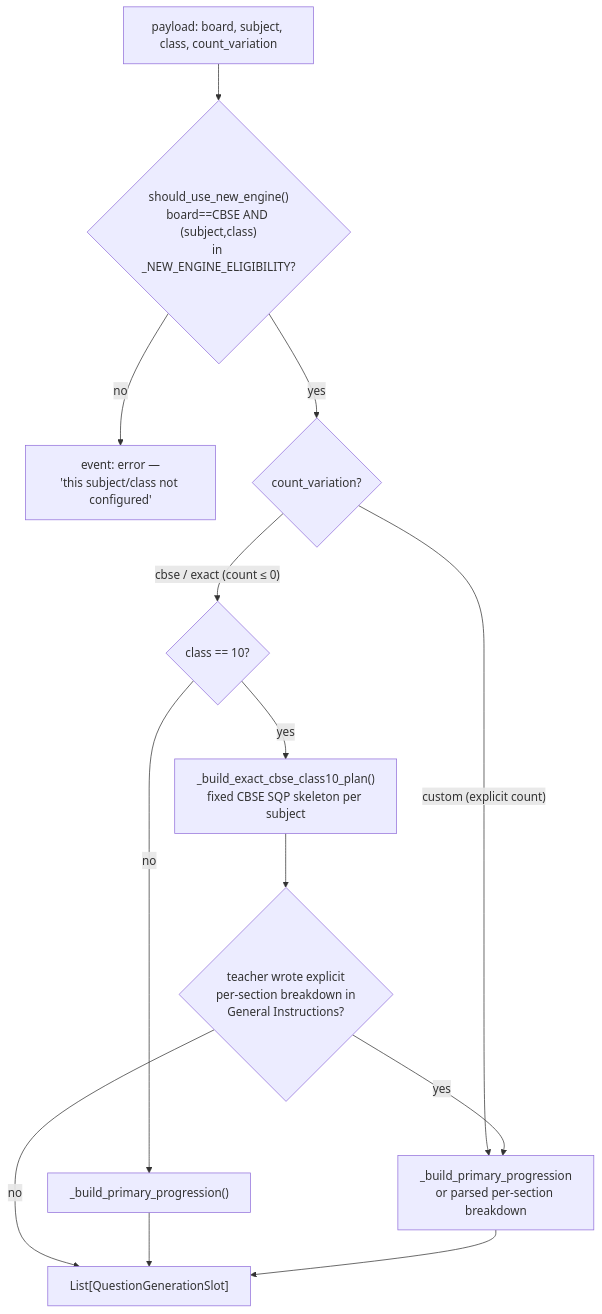
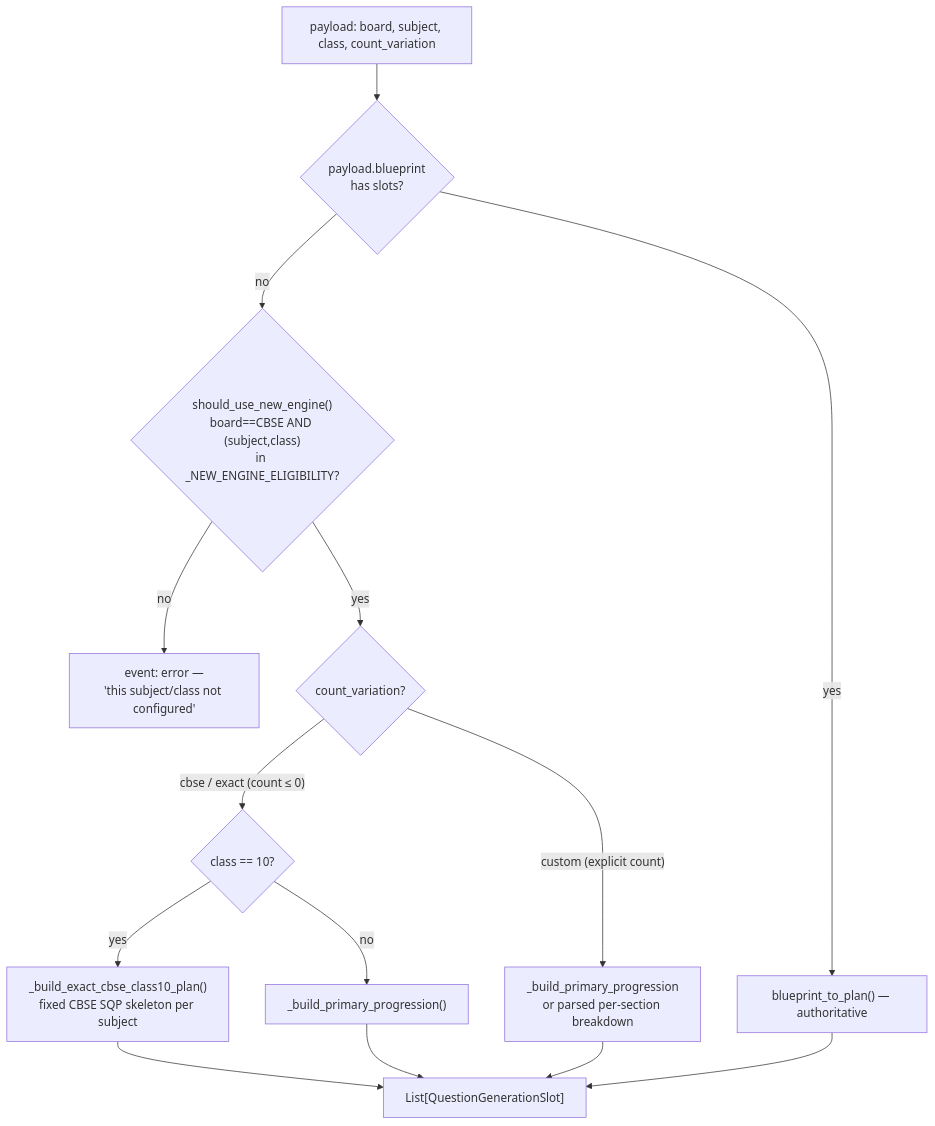
The ninth of 16 diagrams in README.md (Paardhu22/qp-gen), drawn with Mermaid before and after one commit. The commit also changed other lines of this file, not shown here.

````diff
--- a/README.md
+++ b/README.md
@@ -613,15 +827,16 @@
 ```mermaid
 flowchart TD
-    REQ["payload: board, subject, class, count_variation"] --> ELIG{"should_use_new_engine()<br/>board==CBSE AND (subject,class)<br/>in _NEW_ENGINE_ELIGIBILITY?"}
+    REQ["payload: board, subject, class, count_variation"] --> PIN{"payload.blueprint<br/>has slots?"}
+    PIN -->|yes| BP["blueprint_to_plan() — authoritative"]
+    PIN -->|no| ELIG{"should_use_new_engine()<br/>board==CBSE AND (subject,class)<br/>in _NEW_ENGINE_ELIGIBILITY?"}
     ELIG -->|no| ERR["event: error —<br/>'this subject/class not configured'"]
     ELIG -->|yes| MODE{"count_variation?"}
     MODE -->|"cbse / exact (count ≤ 0)"| BOARD{"class == 10?"}
     MODE -->|"custom (explicit count)"| CUSTOM["_build_primary_progression<br/>or parsed per-section breakdown"]
     BOARD -->|yes| EXACT["_build_exact_cbse_class10_plan()<br/>fixed CBSE SQP skeleton per subject"]
     BOARD -->|no| PRIMARY["_build_primary_progression()"]
-    EXACT --> OVR{"teacher wrote explicit<br/>per-section breakdown in<br/>General Instructions?"}
-    OVR -->|yes| CUSTOM
-    OVR -->|no| SLOTS
+    EXACT --> SLOTS
     PRIMARY --> SLOTS
     CUSTOM --> SLOTS["List[QuestionGenerationSlot]"]
+    BP --> SLOTS
 ```
````
